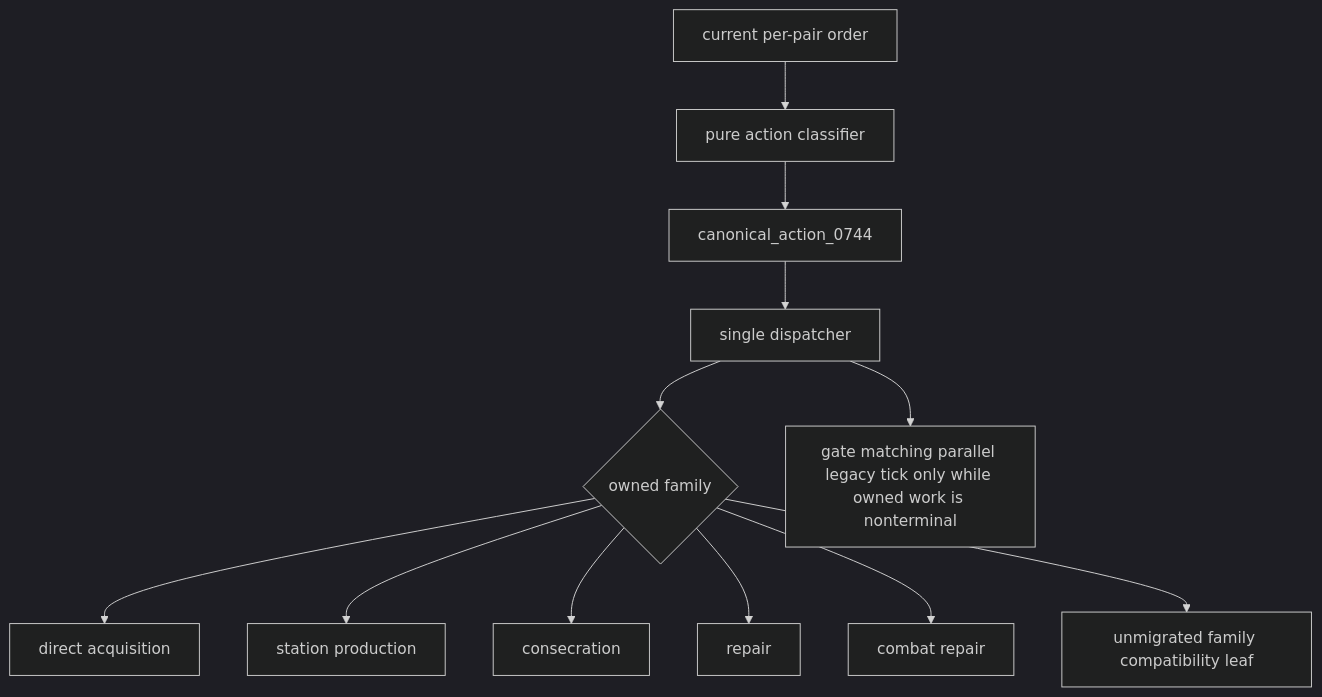
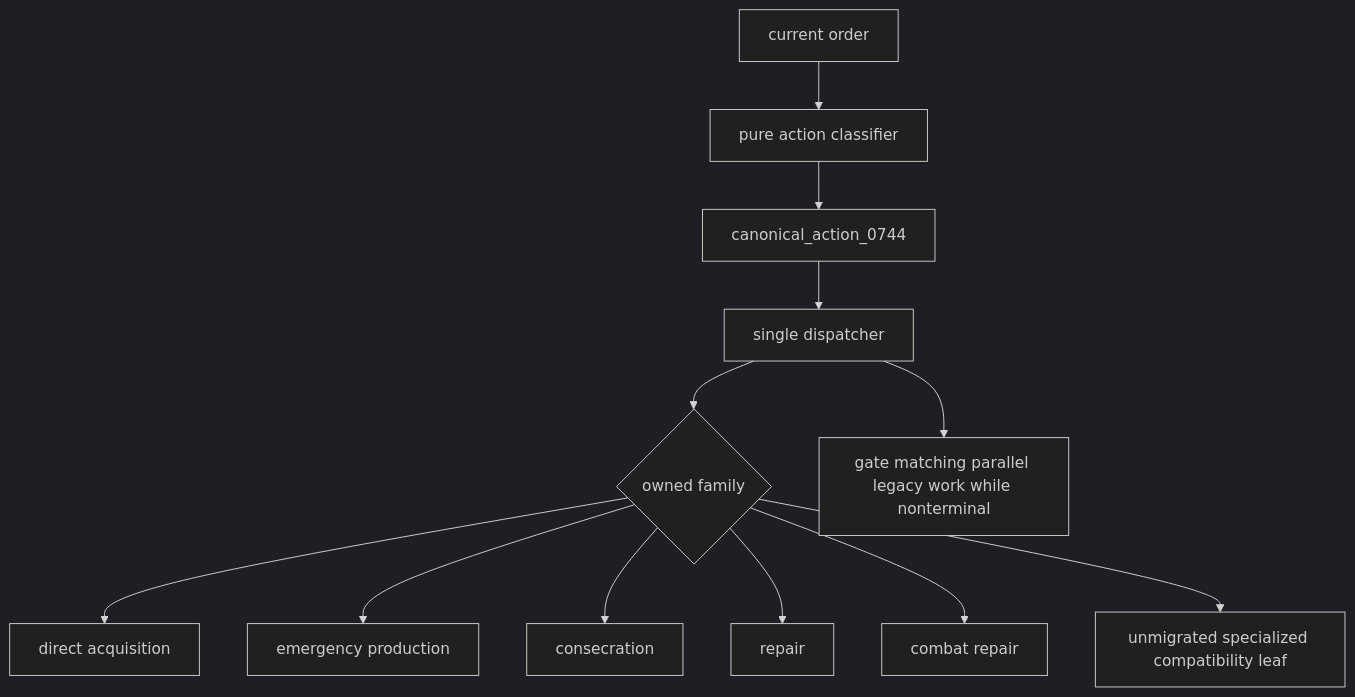
One commit to mrcalzon02/Tech-Priests changed the tenth of 15 diagrams in docs/RECOVERY_AUTHORITY_MAP_CURRENT.md. Above: the diagram before and after it, drawn with Mermaid (dark theme). The commit also changed other lines of this file, not shown here.

Commit message:
Align current recovery authority map

````diff
--- a/docs/RECOVERY_AUTHORITY_MAP_CURRENT.md
+++ b/docs/RECOVERY_AUTHORITY_MAP_CURRENT.md
@@ -237,24 +264,24 @@
 ```mermaid
 flowchart TD
-    Order[current per-pair order]
+    Order[current order]
     Pure[pure action classifier]
     Record[canonical_action_0744]
     Dispatch[single dispatcher]
     Family{owned family}
     Direct[direct acquisition]
-    Craft[station production]
+    Production[emergency production]
     Consecrate[consecration]
     Repair[repair]
     CombatRepair[combat repair]
-    Compatibility[unmigrated family compatibility leaf]
-    LegacyGate[gate matching parallel legacy tick only while owned work is nonterminal]
+    Compatibility[unmigrated specialized compatibility leaf]
+    LegacyGate[gate matching parallel legacy work while nonterminal]
 
     Order --> Pure --> Record --> Dispatch --> Family
     Family --> Direct
-    Family --> Craft
+    Family --> Production
     Family --> Consecrate
     Family --> Repair
     Family --> CombatRepair
     Family --> Compatibility
     Dispatch --> LegacyGate
 ```
````
